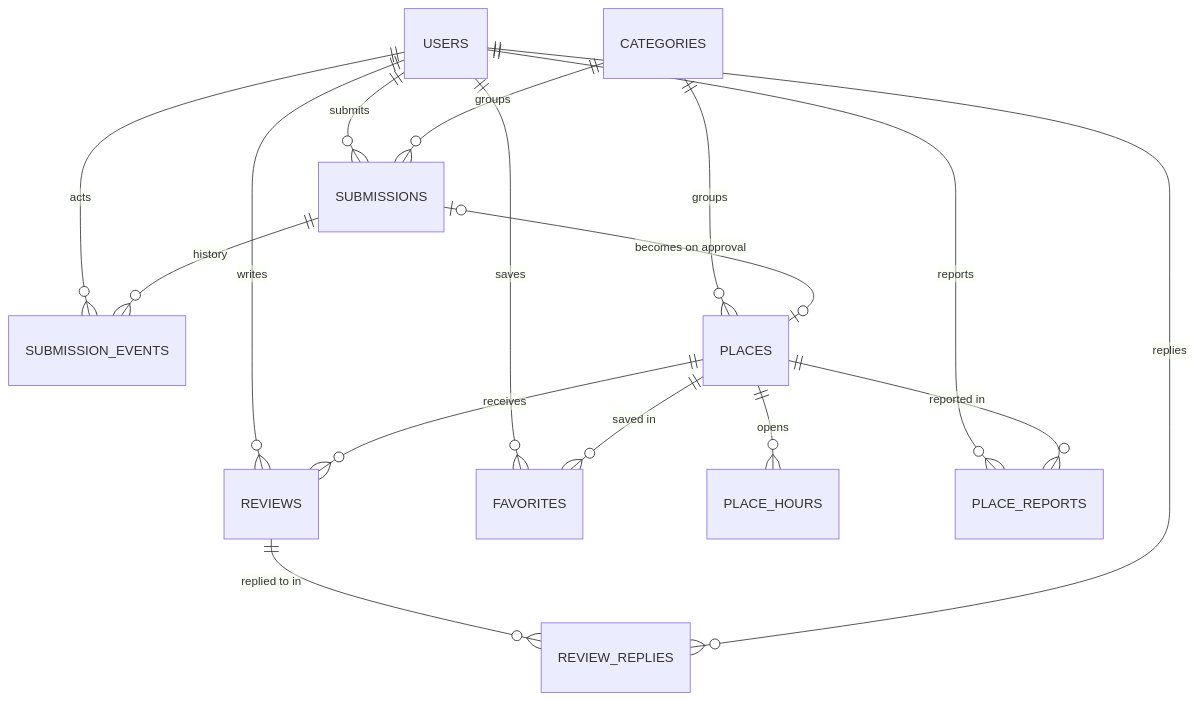
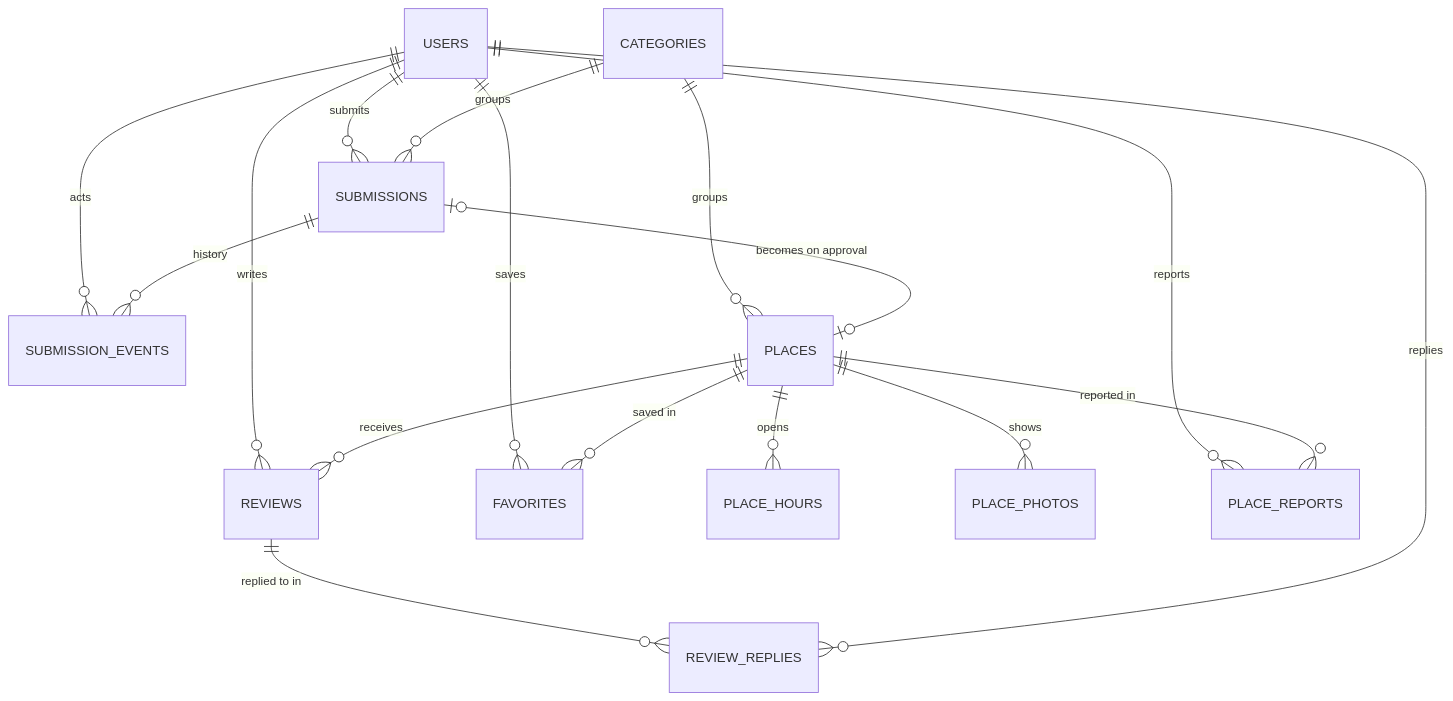
One commit to F1wzu/Server-Side-Project-2026 changed the third of 3 diagrams in docs/DESIGN.md. Above: the diagram before and after it, drawn with Mermaid. The commit also changed other lines of this file and 35 other files, not shown here.

````diff
--- a/docs/DESIGN.md
+++ b/docs/DESIGN.md
@@ -111,18 +111,19 @@
 ```mermaid
 erDiagram
     USERS ||--o{ REVIEWS : writes
     USERS ||--o{ FAVORITES : saves
     USERS ||--o{ SUBMISSIONS : submits
     USERS ||--o{ SUBMISSION_EVENTS : acts
     CATEGORIES ||--o{ PLACES : groups
     CATEGORIES ||--o{ SUBMISSIONS : groups
     PLACES ||--o{ PLACE_HOURS : opens
+    PLACES ||--o{ PLACE_PHOTOS : shows
     PLACES ||--o{ REVIEWS : receives
     REVIEWS ||--o{ REVIEW_REPLIES : "replied to in"
     USERS ||--o{ REVIEW_REPLIES : replies
     PLACES ||--o{ FAVORITES : "saved in"
     SUBMISSIONS ||--o{ SUBMISSION_EVENTS : history
     SUBMISSIONS |o--o| PLACES : "becomes on approval"
     USERS ||--o{ PLACE_REPORTS : reports
     PLACES ||--o{ PLACE_REPORTS : "reported in"
 ```
````
